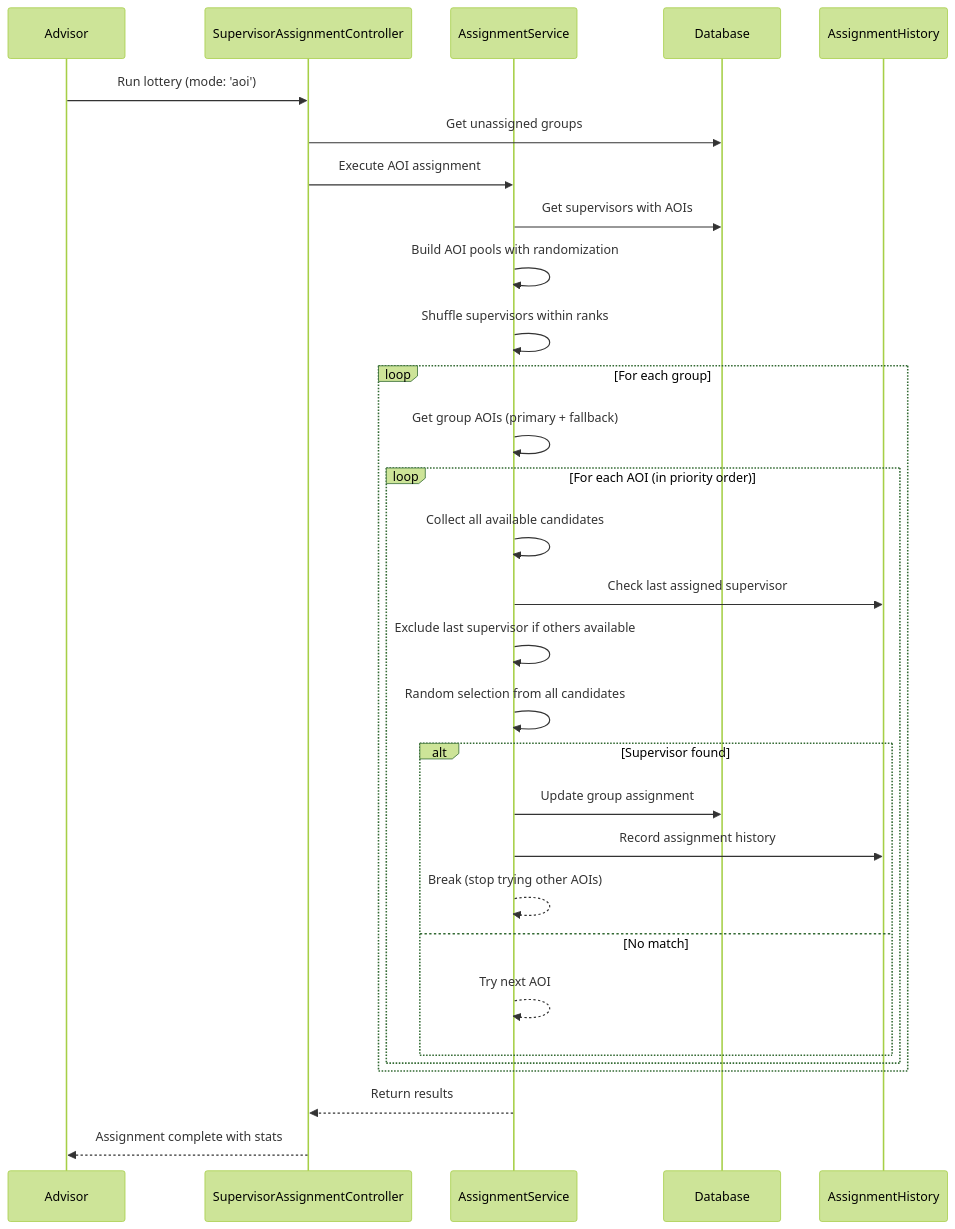
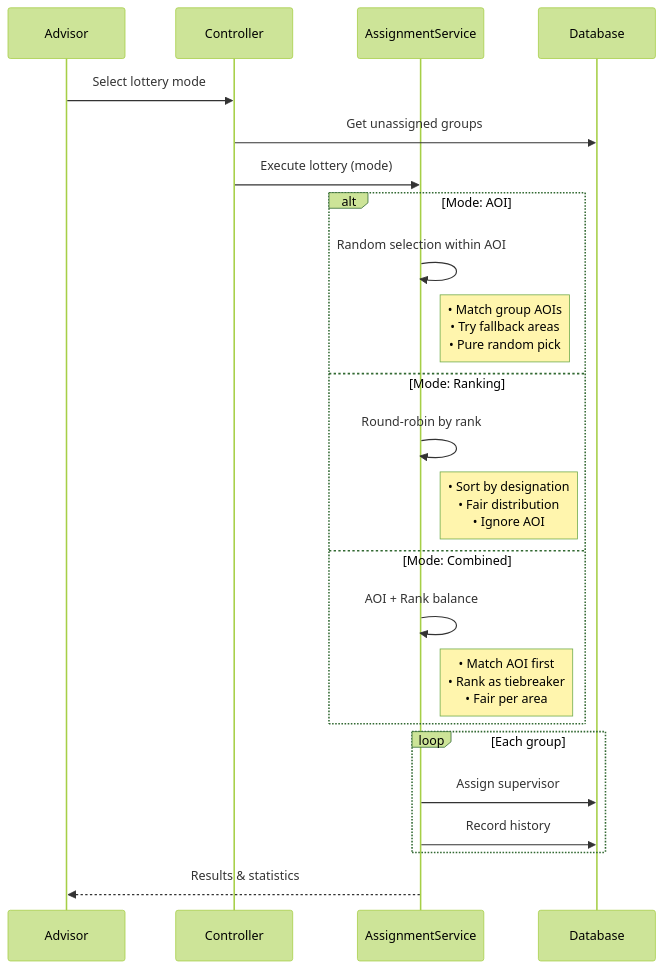
One commit to abdullah2323442/thesisrepo-backup changed diagram 14 of 31 in sequence.md. Above: the diagram before and after it, drawn with Mermaid (forest theme). The commit also changed other lines of this file, not shown here.

Commit message:
refactor(sequence-diagrams): Revise supervisor assignment section to unify lottery modes and enhance clarity in assignment logic

````diff
--- a/sequence.md
+++ b/sequence.md
@@ -301,38 +301,29 @@
 ```mermaid
 sequenceDiagram
     participant Ad as Advisor
-    participant SAC as SupervisorAssignmentController
+    participant SAC as Controller
     participant SAS as AssignmentService
     participant DB as Database
-    participant AH as AssignmentHistory
 
-    Ad->>SAC: Run lottery (mode: 'aoi')
+    Ad->>SAC: Select lottery mode
     SAC->>DB: Get unassigned groups
-    SAC->>SAS: Execute AOI assignment
+    SAC->>SAS: Execute lottery (mode)
     
-    SAS->>DB: Get supervisors with AOIs
-    SAS->>SAS: Build AOI pools with randomization
-    SAS->>SAS: Shuffle supervisors within ranks
-    
-    loop For each group
-        SAS->>SAS: Get group AOIs (primary + fallback)
-        
-        loop For each AOI (in priority order)
-            SAS->>SAS: Collect all available candidates
-            SAS->>AH: Check last assigned supervisor
-            SAS->>SAS: Exclude last supervisor if others available
-            SAS->>SAS: Random selection from all candidates
-            
-            alt Supervisor found
-                SAS->>DB: Update group assignment
-                SAS->>AH: Record assignment history
-                SAS-->>SAS: Break (stop trying other AOIs)
-            else No match
-                SAS-->>SAS: Try next AOI
-            end
-        end
+    alt Mode: AOI
+        SAS->>SAS: Random selection within AOI
+        Note right of SAS: • Match group AOIs<br/>• Try fallback areas<br/>• Pure random pick
+    else Mode: Ranking
+        SAS->>SAS: Round-robin by rank
+        Note right of SAS: • Sort by designation<br/>• Fair distribution<br/>• Ignore AOI
+    else Mode: Combined
+        SAS->>SAS: AOI + Rank balance
+        Note right of SAS: • Match AOI first<br/>• Rank as tiebreaker<br/>• Fair per area
     end
     
-    SAS-->>SAC: Return results
-    SAC-->>Ad: Assignment complete with stats
+    loop Each group
+        SAS->>DB: Assign supervisor
+        SAS->>DB: Record history
+    end
+    
+    SAS-->>Ad: Results & statistics
 ```
````
